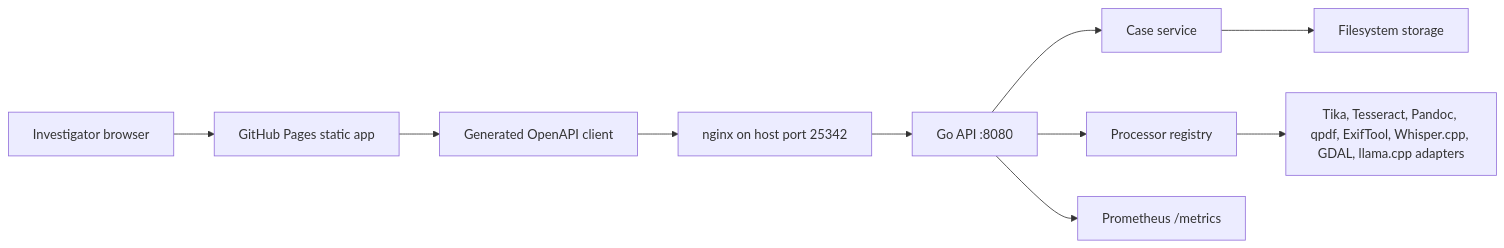
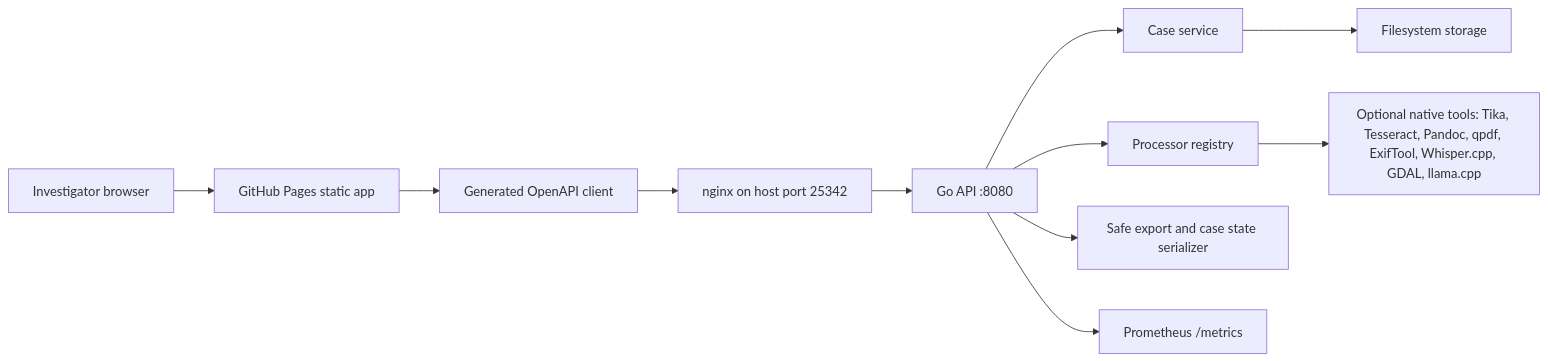
The second of 2 diagrams in docs/architecture.md (baditaflorin/civitas), drawn with Mermaid before and after one commit. The commit also changed other lines of this file and 28 other files, not shown here.

````diff
--- a/docs/architecture.md
+++ b/docs/architecture.md
@@ -37,12 +37,13 @@
 ```mermaid
 flowchart LR
   browser["Investigator browser"] --> pages["GitHub Pages static app"]
   pages --> client["Generated OpenAPI client"]
   client --> nginx["nginx on host port 25342"]
   nginx --> api["Go API :8080"]
   api --> cases["Case service"]
   api --> processors["Processor registry"]
+  api --> exporter["Safe export and case state serializer"]
   cases --> fs["Filesystem storage"]
-  processors --> native["Tika, Tesseract, Pandoc, qpdf, ExifTool, Whisper.cpp, GDAL, llama.cpp adapters"]
+  processors --> native["Optional native tools: Tika, Tesseract, Pandoc, qpdf, ExifTool, Whisper.cpp, GDAL, llama.cpp"]
   api --> metrics["Prometheus /metrics"]
 ```
````
